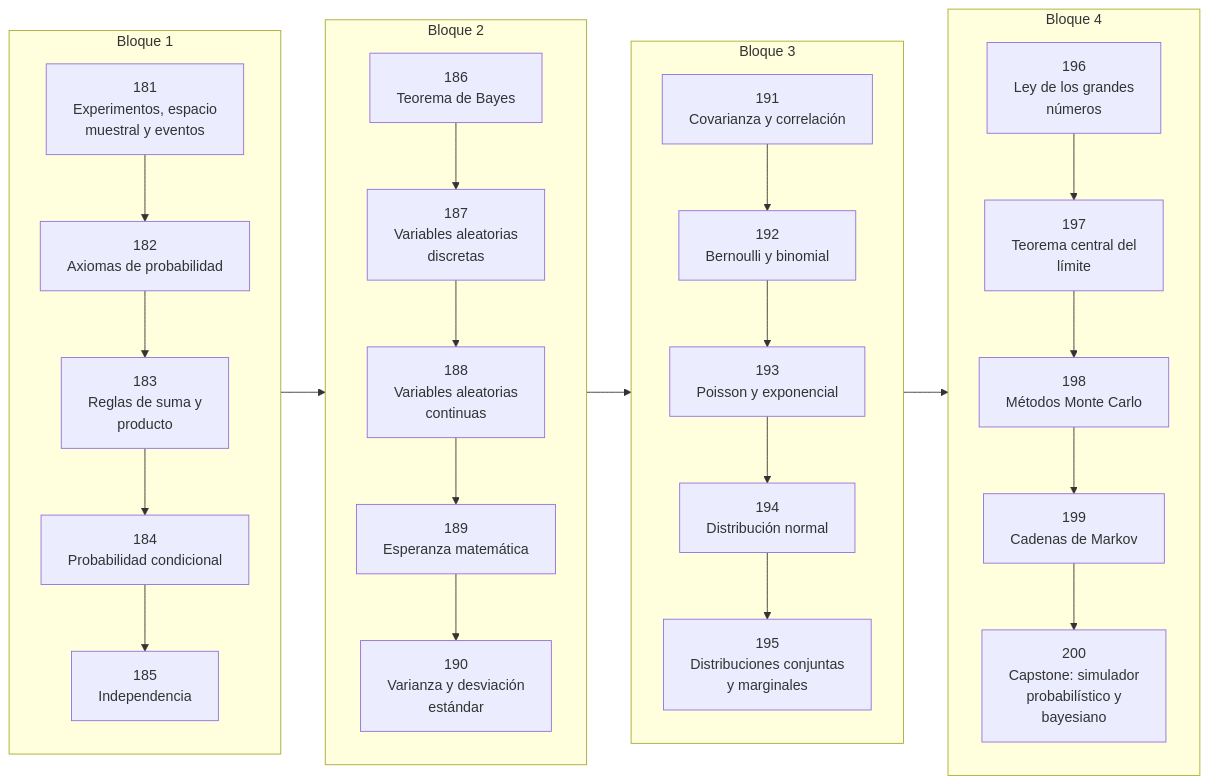
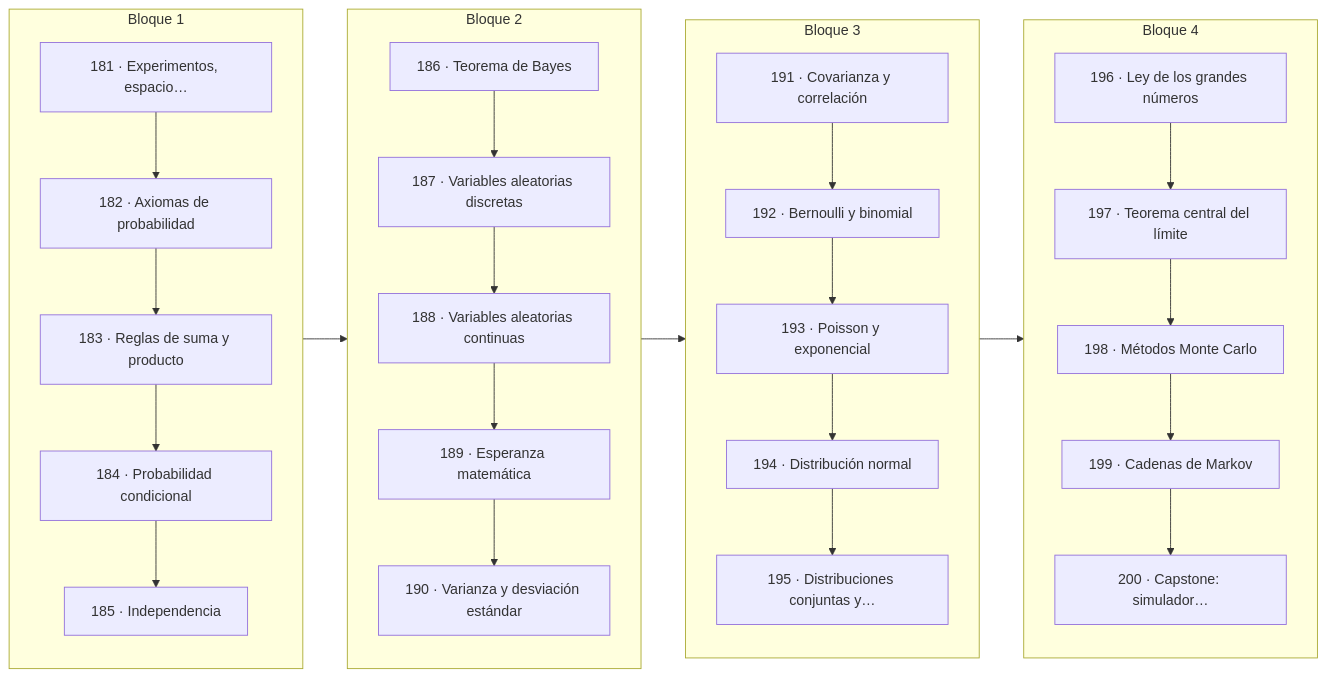
Before and after one commit to vladimiracunadev-create/computational-mathematics-program: the diagram in classes/part-09-probabilidad-y-procesos-aleatorios/README.md, drawn with Mermaid. The commit also changed 389 other files, not shown here.

First line of the commit message:
fix(diagramas): elimina el HTML de las etiquetas Mermaid

````diff
--- a/classes/part-09-probabilidad-y-procesos-aleatorios/README.md
+++ b/classes/part-09-probabilidad-y-procesos-aleatorios/README.md
@@ -34,54 +34,54 @@
 ```mermaid
 flowchart LR
     subgraph B1["Bloque 1"]
         direction TB
-        L181["181<br/>Experimentos, espacio<br/>muestral y eventos"]
-        L182["182<br/>Axiomas de probabilidad"]
-        L183["183<br/>Reglas de suma y<br/>producto"]
-        L184["184<br/>Probabilidad condicional"]
-        L185["185<br/>Independencia"]
+        L181["181 · Experimentos, espacio…"]
+        L182["182 · Axiomas de probabilidad"]
+        L183["183 · Reglas de suma y producto"]
+        L184["184 · Probabilidad condicional"]
+        L185["185 · Independencia"]
         L181 --> L182
         L182 --> L183
         L183 --> L184
         L184 --> L185
     end
     subgraph B2["Bloque 2"]
         direction TB
-        L186["186<br/>Teorema de Bayes"]
-        L187["187<br/>Variables aleatorias<br/>discretas"]
-        L188["188<br/>Variables aleatorias<br/>continuas"]
-        L189["189<br/>Esperanza matemática"]
-        L190["190<br/>Varianza y desviación<br/>estándar"]
+        L186["186 · Teorema de Bayes"]
+        L187["187 · Variables aleatorias discretas"]
+        L188["188 · Variables aleatorias continuas"]
+        L189["189 · Esperanza matemática"]
+        L190["190 · Varianza y desviación estándar"]
         L186 --> L187
         L187 --> L188
         L188 --> L189
         L189 --> L190
     end
     subgraph B3["Bloque 3"]
         direction TB
-        L191["191<br/>Covarianza y correlación"]
-        L192["192<br/>Bernoulli y binomial"]
-        L193["193<br/>Poisson y exponencial"]
-        L194["194<br/>Distribución normal"]
-        L195["195<br/>Distribuciones conjuntas<br/>y marginales"]
+        L191["191 · Covarianza y correlación"]
+        L192["192 · Bernoulli y binomial"]
+        L193["193 · Poisson y exponencial"]
+        L194["194 · Distribución normal"]
+        L195["195 · Distribuciones conjuntas y…"]
         L191 --> L192
         L192 --> L193
         L193 --> L194
         L194 --> L195
     end
     subgraph B4["Bloque 4"]
         direction TB
-        L196["196<br/>Ley de los grandes<br/>números"]
-        L197["197<br/>Teorema central del<br/>límite"]
-        L198["198<br/>Métodos Monte Carlo"]
-        L199["199<br/>Cadenas de Markov"]
-        L200["200<br/>Capstone: simulador<br/>probabilístico y<br/>bayesiano"]
+        L196["196 · Ley de los grandes números"]
+        L197["197 · Teorema central del límite"]
+        L198["198 · Métodos Monte Carlo"]
+        L199["199 · Cadenas de Markov"]
+        L200["200 · Capstone: simulador…"]
         L196 --> L197
         L197 --> L198
         L198 --> L199
         L199 --> L200
     end
     L185 --> L186
     L190 --> L191
     L195 --> L196
 ```
````
